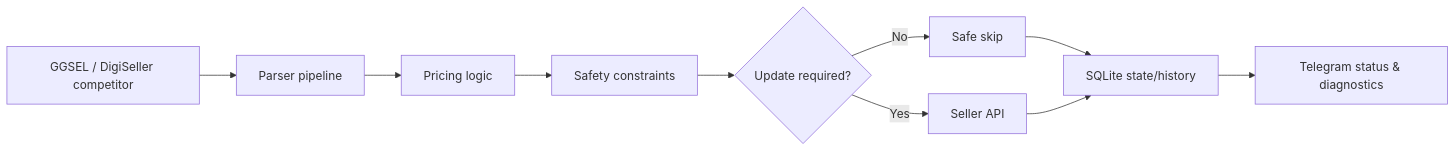
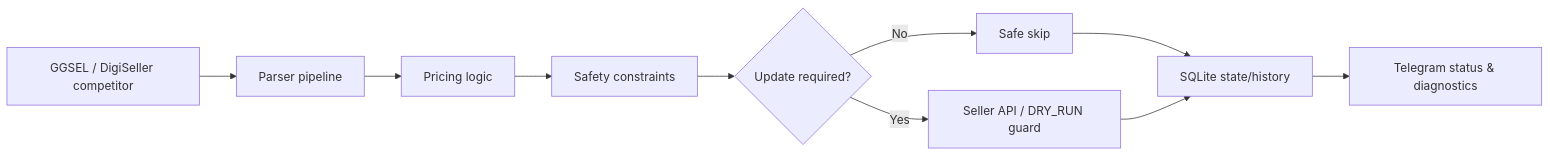
Before and after one commit to Urushihara24/monitoring-bot: the diagram in README.md, drawn with Mermaid. The commit also changed other lines of this file and 32 other files, not shown here.

First line of the commit message:
Harden runtime with fail-closed DRY_RUN and OSS safety controls

````diff
--- a/README.md
+++ b/README.md
@@ -63,12 +63,12 @@
 ```mermaid
 flowchart LR
     A[GGSEL / DigiSeller competitor] --> B[Parser pipeline]
     B --> C[Pricing logic]
     C --> D[Safety constraints]
     D --> E{Update required?}
     E -- No --> F[Safe skip]
-    E -- Yes --> G[Seller API]
+    E -- Yes --> G[Seller API / DRY_RUN guard]
     F --> H[SQLite state/history]
     G --> H
     H --> I[Telegram status & diagnostics]
 ```
````
